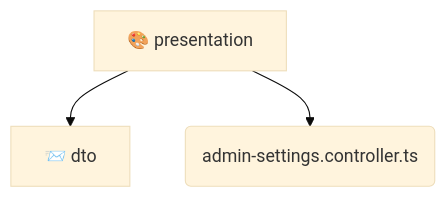
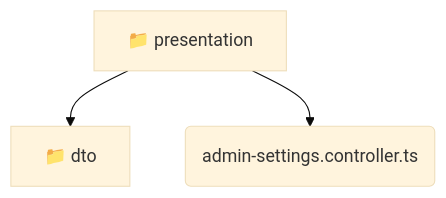
Before and after one commit to beginwebdev2002/fullstack-mavluda: the diagram in backend/src/modules/admin-settings/presentation/README.md, drawn with Mermaid (base theme). The commit also changed other lines of this file and 155 other files, not shown here.

````diff
--- a/backend/src/modules/admin-settings/presentation/README.md
+++ b/backend/src/modules/admin-settings/presentation/README.md
@@ -9,6 +9,6 @@
 ```mermaid
 graph TD
-  presentation[🎨 presentation]
-  presentation --> dto[📨 dto]
-  presentation --> admin_settings_controller_ts(admin-settings.controller.ts)
+  presentation[📁 presentation]
+  presentation --> presentation_dto[📁 dto]
+  presentation --> presentation_admin_settings_controller_ts(admin-settings.controller.ts)
 ```
````
